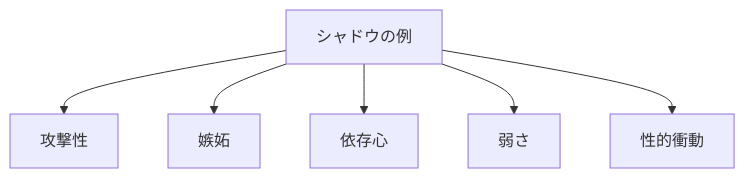
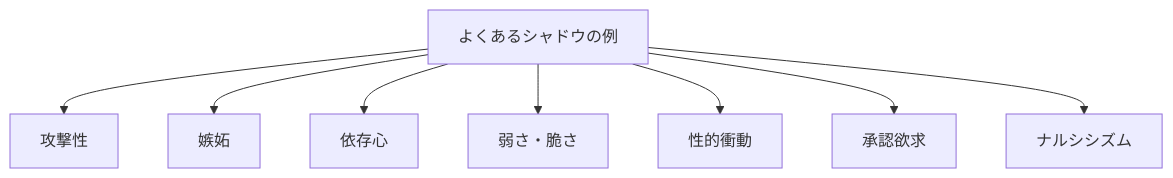
Before and after one commit to tndg16-bot/portfolio-site: the second of 6 diagrams in content/blog/284-shadow-integration-self-acceptance.md, drawn with Mermaid. The commit also changed other lines of this file and 19 other files, not shown here.

````diff
--- a/content/blog/284-shadow-integration-self-acceptance.md
+++ b/content/blog/284-shadow-integration-self-acceptance.md
@@ -55,9 +51,11 @@
 ```mermaid
 graph TD
-    A[シャドウの例]
+    A[よくあるシャドウの例]
     A --> B[攻撃性]
     A --> C[嫉妬]
     A --> D[依存心]
-    A --> E[弱さ]
+    A --> E[弱さ・脆さ]
     A --> F[性的衝動]
+    A --> G[承認欲求]
+    A --> H[ナルシシズム]
 ```
````
